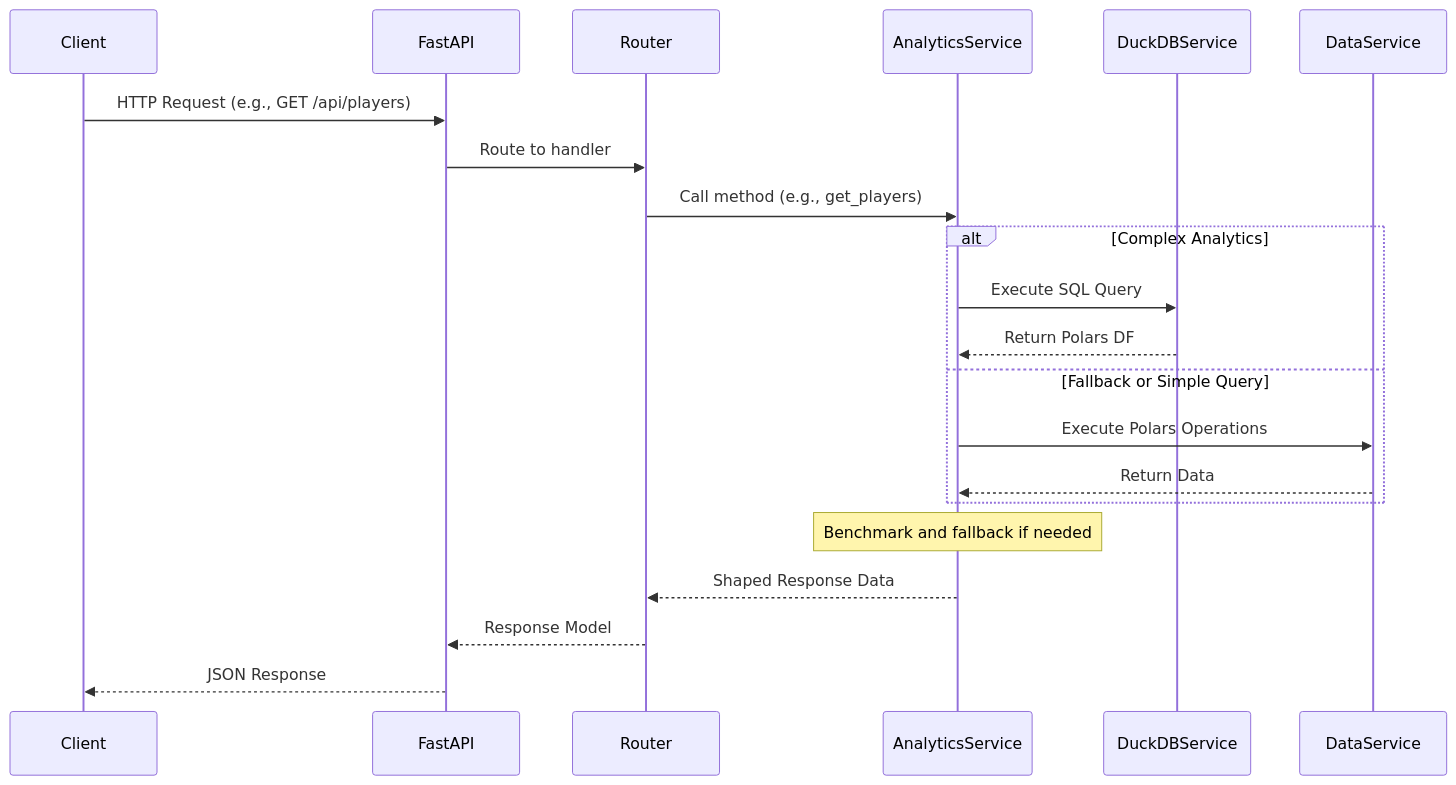
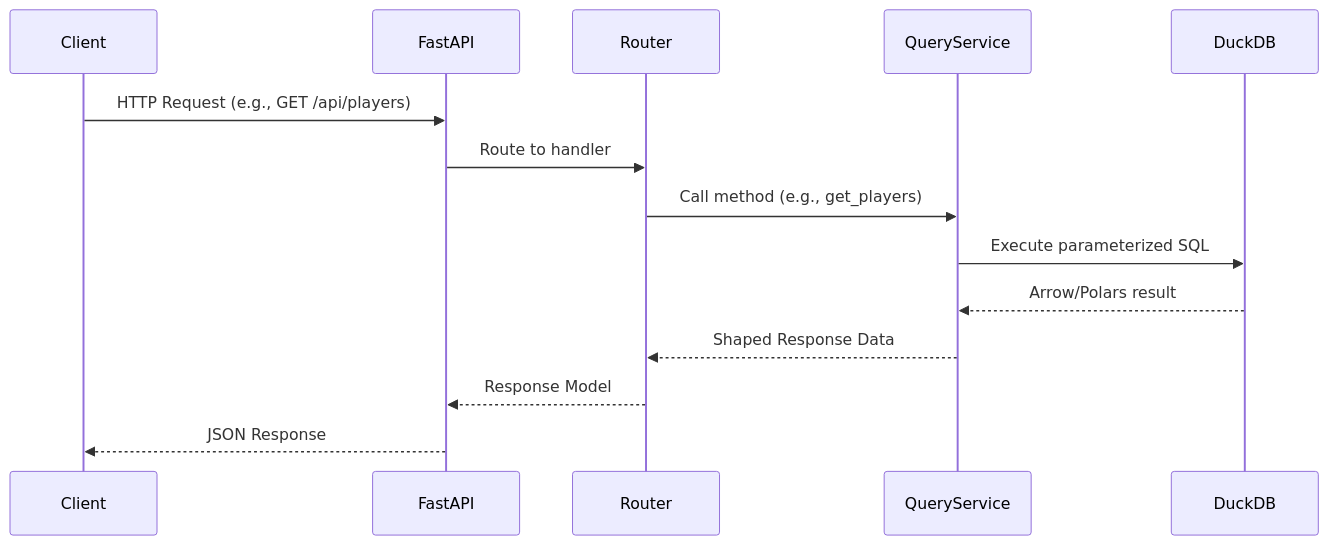
Before and after one commit to bsamaha/dk: the third of 3 diagrams in docs/backend_detailed.md, drawn with Mermaid. The commit also changed other lines of this file and 79 other files, not shown here.

````diff
--- a/docs/backend_detailed.md
+++ b/docs/backend_detailed.md
@@ -182,23 +172,16 @@
 ```mermaid
 sequenceDiagram
     participant Client
     participant FastAPI
     participant Router
-    participant AnalyticsService
-    participant DuckDBService
-    participant DataService
+    participant QueryService
+    participant DuckDB
     Client->>FastAPI: HTTP Request (e.g., GET /api/players)
     FastAPI->>Router: Route to handler
-    Router->>AnalyticsService: Call method (e.g., get_players)
-    alt Complex Analytics
-        AnalyticsService->>DuckDBService: Execute SQL Query
-        DuckDBService-->>AnalyticsService: Return Polars DF
-    else Fallback or Simple Query
-        AnalyticsService->>DataService: Execute Polars Operations
-        DataService-->>AnalyticsService: Return Data
-    end
-    Note over AnalyticsService: Benchmark and fallback if needed
-    AnalyticsService-->>Router: Shaped Response Data
+    Router->>QueryService: Call method (e.g., get_players)
+    QueryService->>DuckDB: Execute parameterized SQL
+    DuckDB-->>QueryService: Arrow/Polars result
+    QueryService-->>Router: Shaped Response Data
     Router-->>FastAPI: Response Model
     FastAPI-->>Client: JSON Response
 ```
````
